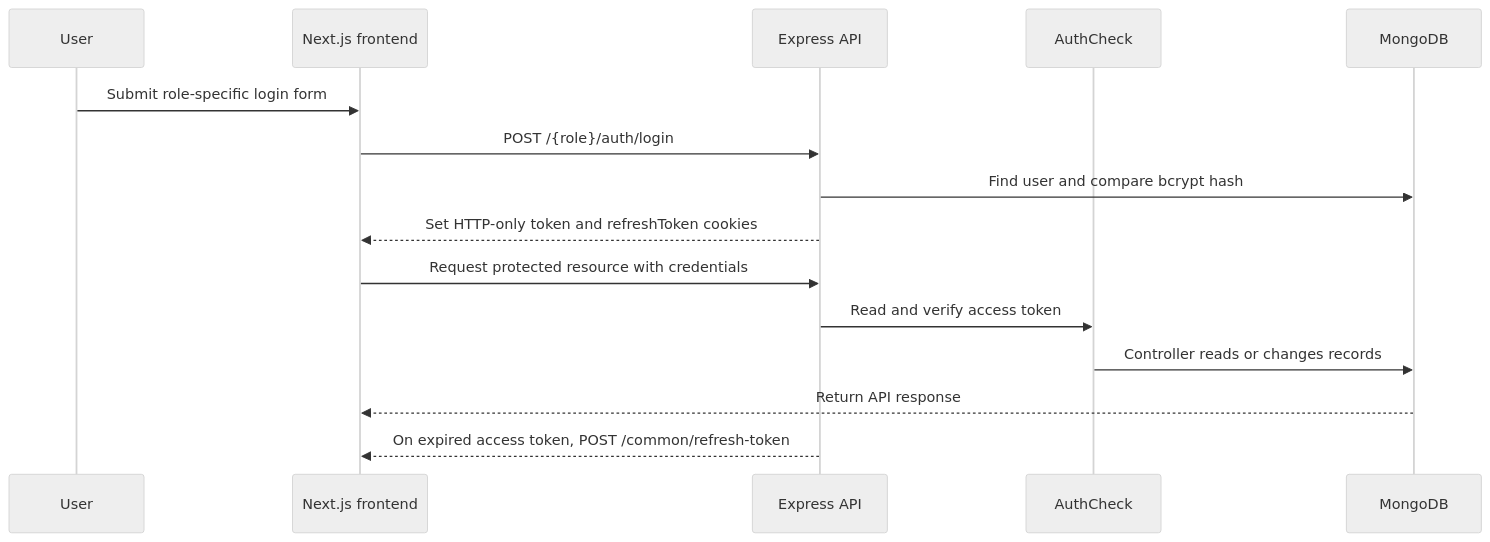
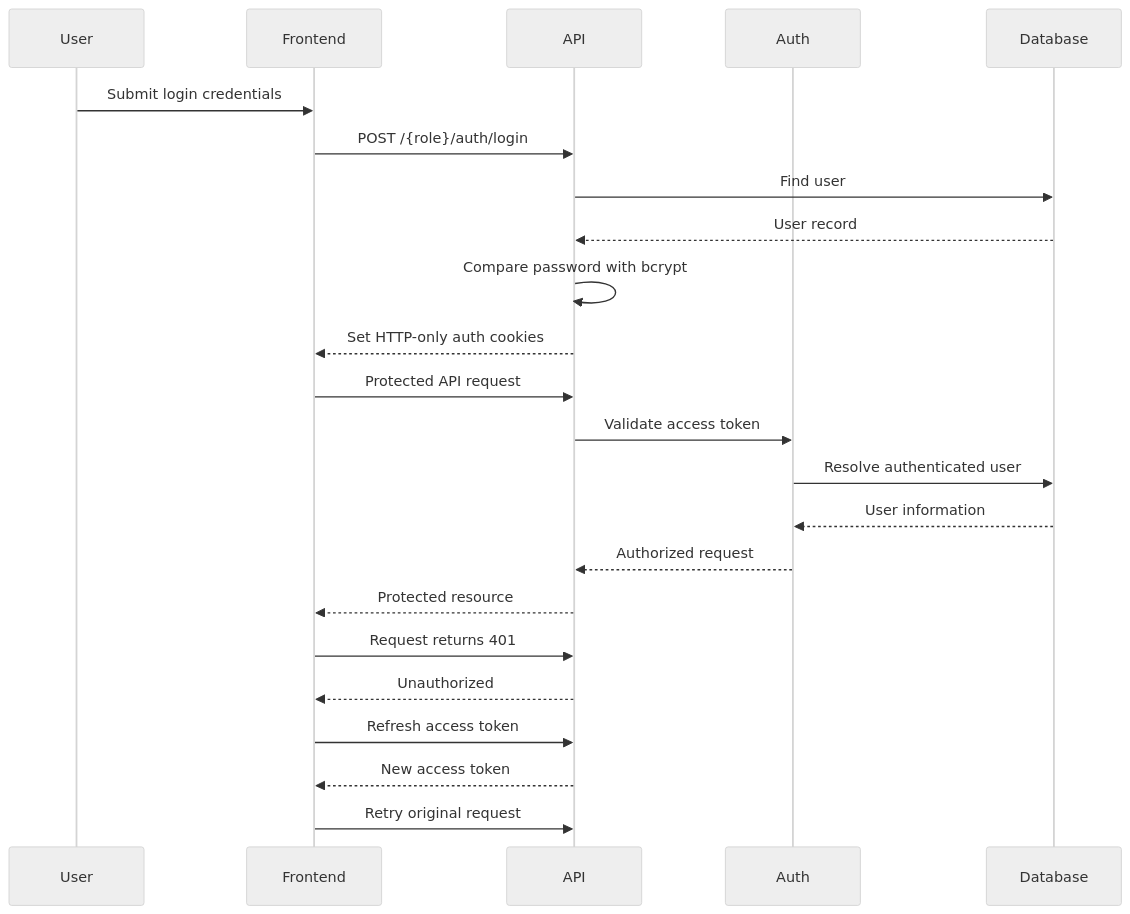
Before and after one commit to Alipta001/role-based-access: the second of 2 diagrams in README.md, drawn with Mermaid (neutral theme). The commit also changed other lines of this file, not shown here.

````diff
--- a/README.md
+++ b/README.md
@@ -172,18 +169,28 @@
 ```mermaid
 sequenceDiagram
-    participant U as User
-    participant F as Next.js frontend
-    participant B as Express API
-    participant M as AuthCheck
-    participant D as MongoDB
+    participant User
+    participant Frontend
+    participant API
+    participant Auth
+    participant Database
 
-    U->>F: Submit role-specific login form
-    F->>B: POST /{role}/auth/login
-    B->>D: Find user and compare bcrypt hash
-    B-->>F: Set HTTP-only token and refreshToken cookies
-    F->>B: Request protected resource with credentials
-    B->>M: Read and verify access token
-    M->>D: Controller reads or changes records
-    D-->>F: Return API response
-    B-->>F: On expired access token, POST /common/refresh-token
+    User->>Frontend: Submit login credentials
+    Frontend->>API: POST /{role}/auth/login
+    API->>Database: Find user
+    Database-->>API: User record
+    API->>API: Compare password with bcrypt
+    API-->>Frontend: Set HTTP-only auth cookies
+
+    Frontend->>API: Protected API request
+    API->>Auth: Validate access token
+    Auth->>Database: Resolve authenticated user
+    Database-->>Auth: User information
+    Auth-->>API: Authorized request
+    API-->>Frontend: Protected resource
+
+    Frontend->>API: Request returns 401
+    API-->>Frontend: Unauthorized
+    Frontend->>API: Refresh access token
+    API-->>Frontend: New access token
+    Frontend->>API: Retry original request
 ```
````
